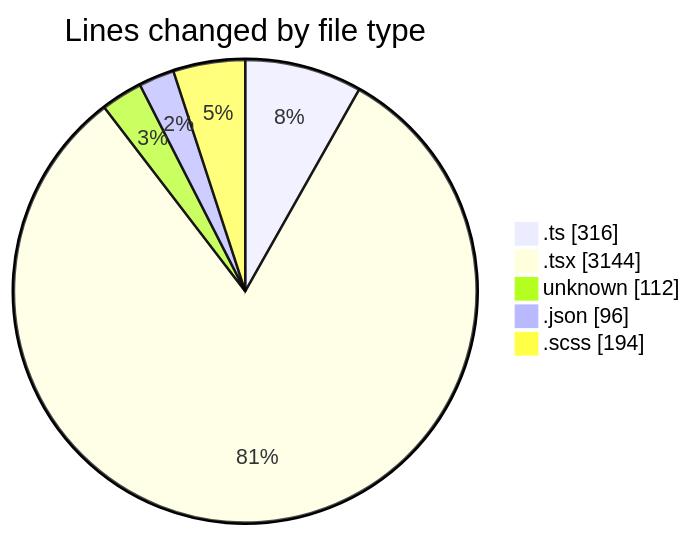
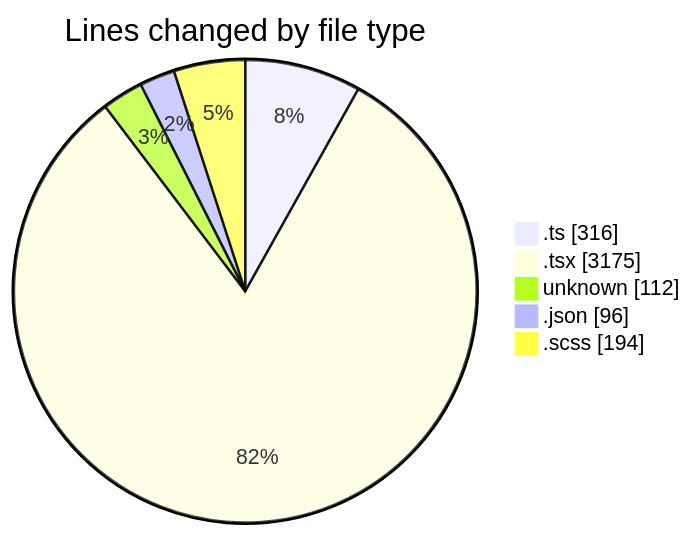
Before and after one commit to momahboobian/code-tracking: the first of 2 diagrams in 2026-04-29/cda/README.md, drawn with Mermaid. The commit also changed other lines of this file and 1 other file, not shown here.

````diff
--- a/2026-04-29/cda/README.md
+++ b/2026-04-29/cda/README.md
@@ -52,9 +52,9 @@
 ```mermaid
 pie showData
 title Lines changed by file type
 ".ts" : 316
-".tsx" : 3144
+".tsx" : 3175
 "unknown" : 112
 ".json" : 96
 ".scss" : 194
 ```
````
